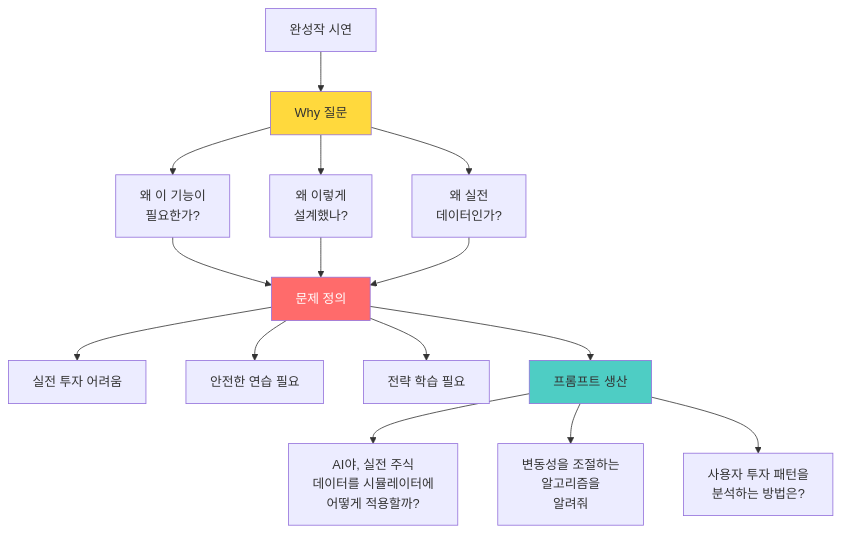
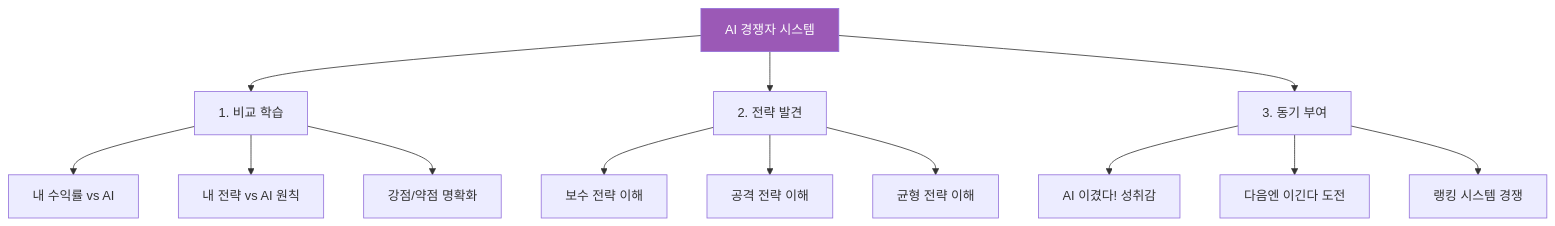
The fourth of 14 diagrams in Docs/주제/5단계-AI가상환경_실전체험_교육가이드.md (Collegenie-X/AI-Vive-Coding), drawn with Mermaid before and after one commit. The commit also changed other lines of this file and 2 other files, not shown here.

````diff
--- a/Docs/주제/5단계-AI가상환경_실전체험_교육가이드.md
+++ b/Docs/주제/5단계-AI가상환경_실전체험_교육가이드.md
@@ -228,26 +182,20 @@
 ```mermaid
 graph TB
-    A[완성작 시연] --> B[Why 질문]
+    A[AI 경쟁자 시스템] --> B[1. 비교 학습]
+    A --> C[2. 전략 발견]
+    A --> D[3. 동기 부여]
     
-    B --> B1[왜 이 기능이<br/>필요한가?]
-    B --> B2[왜 이렇게<br/>설계했나?]
-    B --> B3[왜 실전<br/>데이터인가?]
+    B --> B1[내 수익률 vs AI]
+    B --> B2[내 전략 vs AI 원칙]
+    B --> B3[강점/약점 명확화]
     
-    B1 --> C[문제 정의]
-    B2 --> C
-    B3 --> C
+    C --> C1[보수 전략 이해]
+    C --> C2[공격 전략 이해]
+    C --> C3[균형 전략 이해]
     
-    C --> C1[실전 투자 어려움]
-    C --> C2[안전한 연습 필요]
-    C --> C3[전략 학습 필요]
+    D --> D1["AI 이겼다!" 성취감]
+    D --> D2["다음엔 이긴다" 도전]
+    D --> D3[랭킹 시스템 경쟁]
     
-    C --> D[프롬프트 생산]
-    
-    D --> D1["AI야, 실전 주식<br/>데이터를 시뮬레이터에<br/>어떻게 적용할까?"]
-    D --> D2["변동성을 조절하는<br/>알고리즘을<br/>알려줘"]
-    D --> D3["사용자 투자 패턴을<br/>분석하는 방법은?"]
-    
-    style B fill:#FFD93D
-    style C fill:#FF6B6B,color:#fff
-    style D fill:#4ECDC4
+    style A fill:#9B59B6,color:#fff
 ```
````
